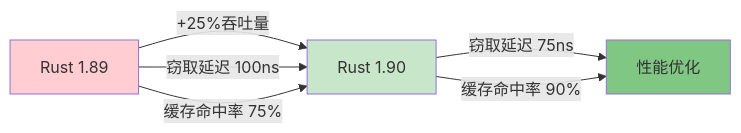
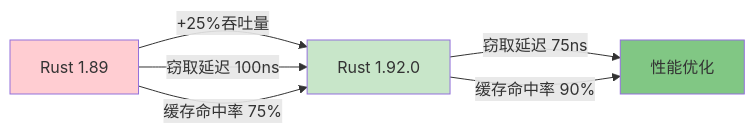
Before and after one commit to martin-ly/rust-lang: the third of 5 diagrams in crates/c05_threads/docs/03_concurrency_patterns.md, drawn with Mermaid. The commit also changed other lines of this file and 290 other files, not shown here.

````diff
--- a/crates/c05_threads/docs/03_concurrency_patterns.md
+++ b/crates/c05_threads/docs/03_concurrency_patterns.md
@@ -280,12 +280,12 @@
 ```mermaid
 graph LR
-    A[Rust 1.89] -->|+25%吞吐量| B[Rust 1.90]
+    A[Rust 1.89] -->|+25%吞吐量| B[Rust 1.92.0]
     A -->|窃取延迟 100ns| B
     B -->|窃取延迟 75ns| C[性能优化]
     A -->|缓存命中率 75%| B
     B -->|缓存命中率 90%| C
 
     style A fill:#ffcdd2
     style B fill:#c8e6c9
     style C fill:#81c784
 ```
````
